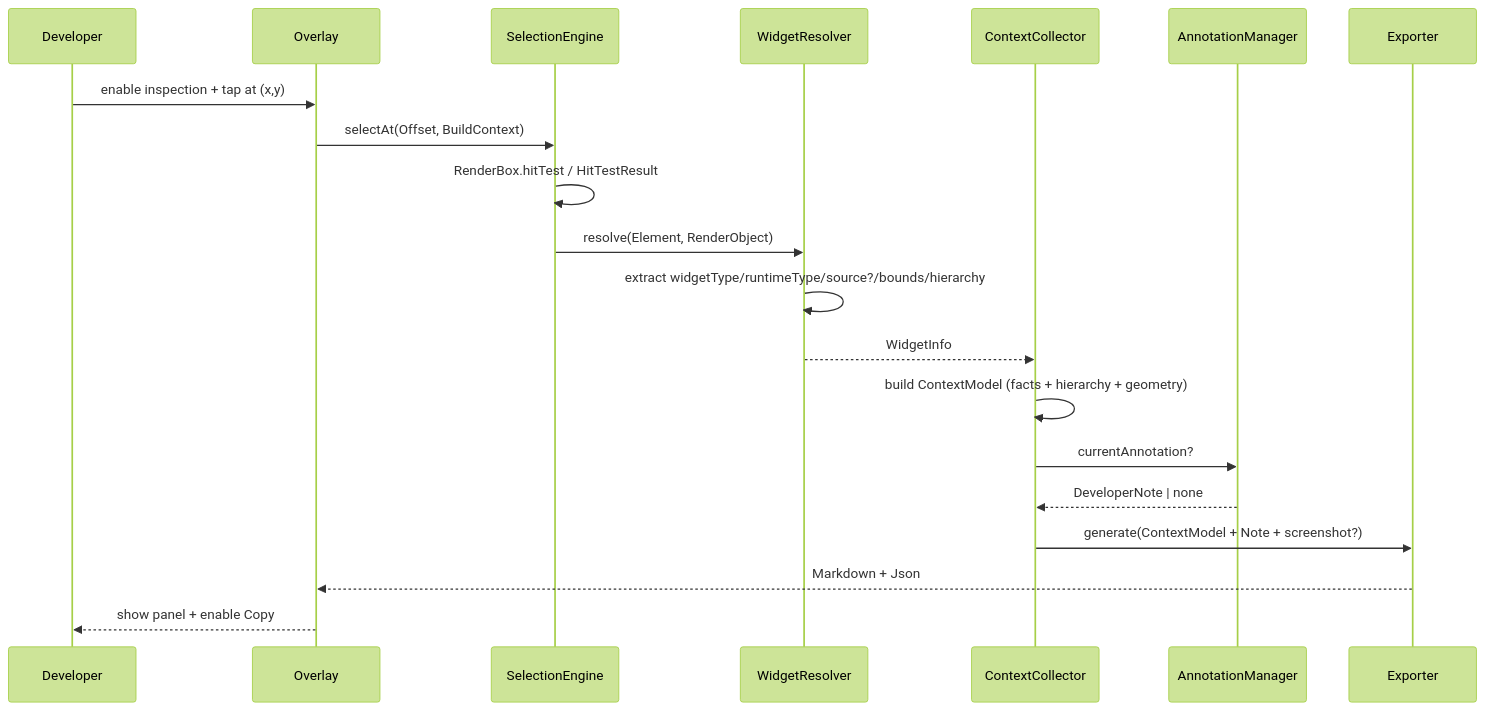
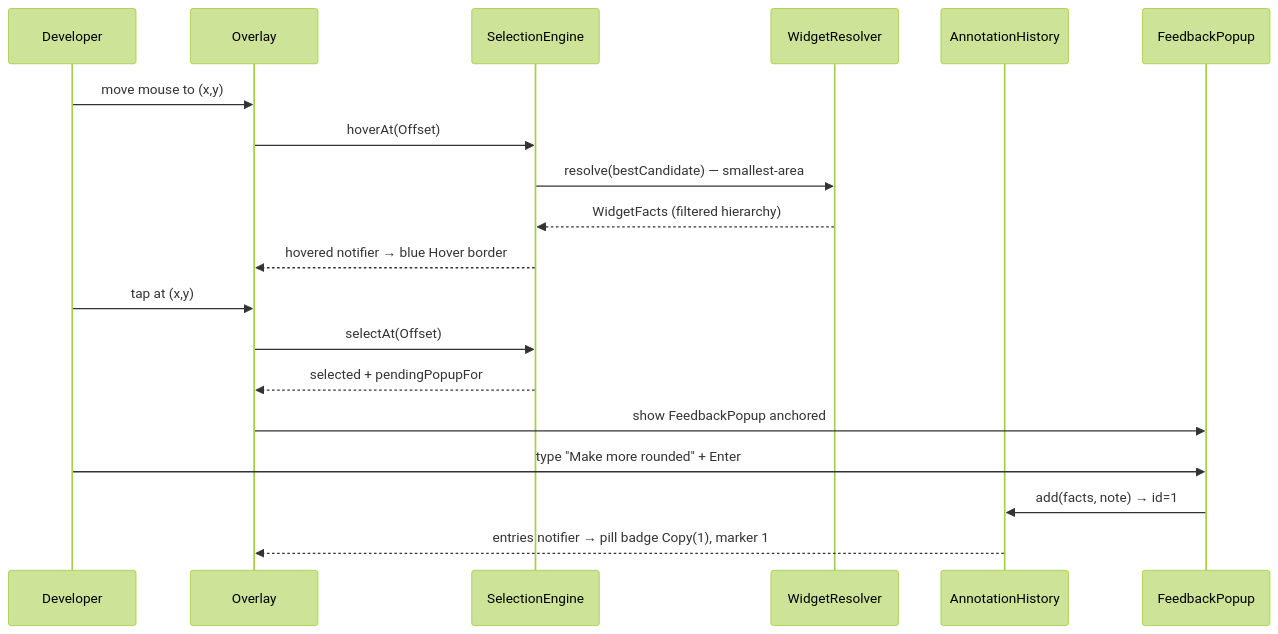
Before and after one commit to aditya452007/Flutter_Agentation: the eighth of 9 diagrams in context/flow.md, drawn with Mermaid (forest theme). The commit also changed other lines of this file and 7 other files, not shown here.

First line of the commit message:
feat: blackout theme + drag fix + blue hover + Enter handling + checklist

````diff
--- a/context/flow.md
+++ b/context/flow.md
@@ -131,23 +153,21 @@
 ```mermaid
 sequenceDiagram
     participant U as Developer
     participant O as Overlay
     participant SE as SelectionEngine
     participant WR as WidgetResolver
-    participant CC as ContextCollector
-    participant AM as AnnotationManager
-    participant EX as Exporter
-
-    U->>O: enable inspection + tap at (x,y)
-    O->>SE: selectAt(Offset, BuildContext)
-    SE->>SE: RenderBox.hitTest / HitTestResult
-    SE->>WR: resolve(Element, RenderObject)
-    WR->>WR: extract widgetType/runtimeType/source?/bounds/hierarchy
-    WR-->>CC: WidgetInfo
-    CC->>CC: build ContextModel (facts + hierarchy + geometry)
-    CC->>AM: currentAnnotation?
-    AM-->>CC: DeveloperNote | none
-    CC->>EX: generate(ContextModel + Note + screenshot?)
-    EX-->>O: Markdown + Json
-    O-->>U: show panel + enable Copy
+    participant H as AnnotationHistory
+    participant P as FeedbackPopup
+    U->>O: move mouse to (x,y)
+    O->>SE: hoverAt(Offset)
+    SE->>WR: resolve(bestCandidate) — smallest-area
+    WR-->>SE: WidgetFacts (filtered hierarchy)
+    SE-->>O: hovered notifier → blue Hover border
+    U->>O: tap at (x,y)
+    O->>SE: selectAt(Offset)
+    SE-->>O: selected + pendingPopupFor
+    O->>P: show FeedbackPopup anchored
+    U->>P: type "Make more rounded" + Enter
+    P->>H: add(facts, note) → id=1
+    H-->>O: entries notifier → pill badge Copy(1), marker 1
 ```
````
